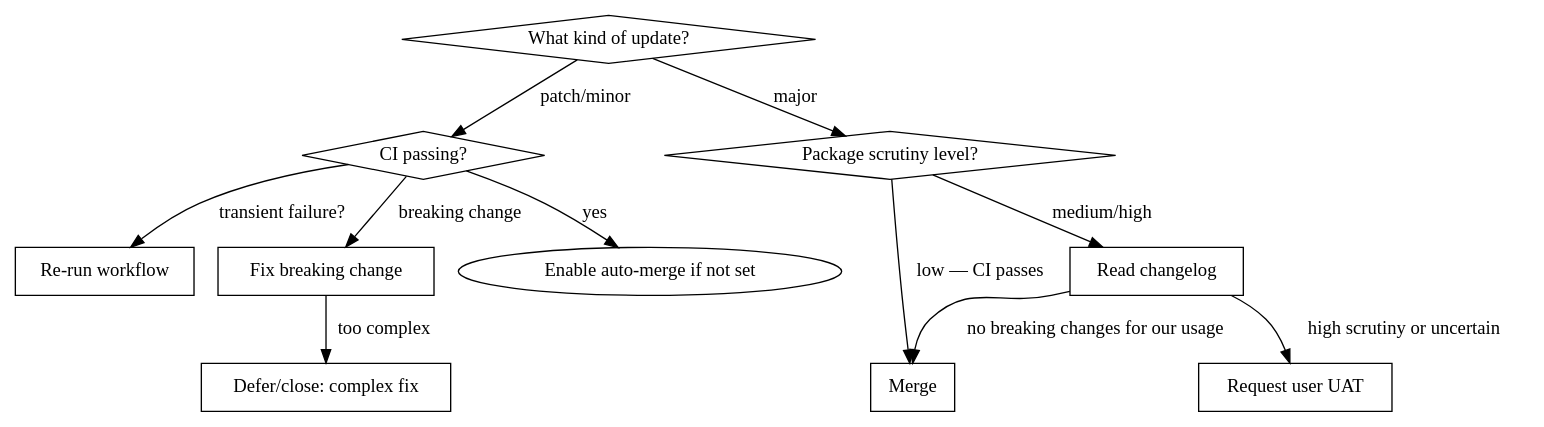
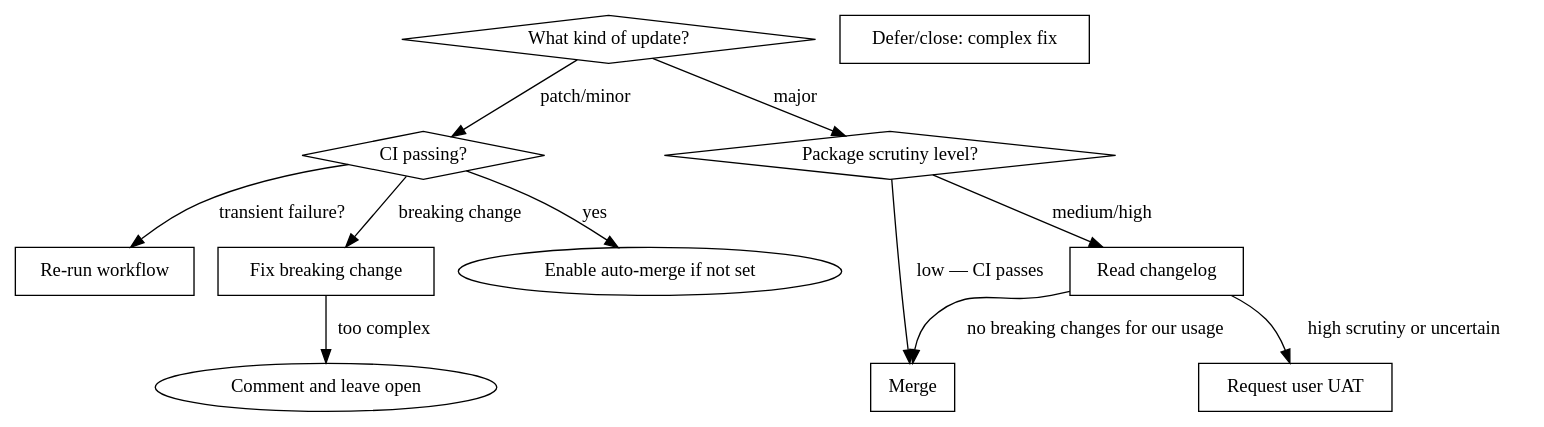
Before and after one commit to jasoncrawford/claude-skills: the diagram in review-dependabot-pr/SKILL.md, drawn with Graphviz. The commit also changed other lines of this file, not shown here.

Commit message:
Edits to Dependabot skill based on my feedback

````diff
--- a/review-dependabot-pr/SKILL.md
+++ b/review-dependabot-pr/SKILL.md
@@ -14,24 +14,24 @@
 ```dot
 digraph review {
   "What kind of update?" [shape=diamond];
   "CI passing?" [shape=diamond];
   "Package scrutiny level?" [shape=diamond];
   "Re-run workflow" [shape=box];
   "Fix breaking change" [shape=box];
   "Defer/close: complex fix" [shape=box];
   "Merge" [shape=box];
   "Read changelog" [shape=box];
   "Request user UAT" [shape=box];
 
   "What kind of update?" -> "CI passing?" [label="patch/minor"];
   "What kind of update?" -> "Package scrutiny level?" [label="major"];
   "CI passing?" -> "Enable auto-merge if not set" [label="yes"];
   "CI passing?" -> "Re-run workflow" [label="transient failure?"];
   "CI passing?" -> "Fix breaking change" [label="breaking change"];
-  "Fix breaking change" -> "Defer/close: complex fix" [label="too complex"];
+  "Fix breaking change" -> "Comment and leave open" [label="too complex"];
   "Package scrutiny level?" -> "Read changelog" [label="medium/high"];
   "Package scrutiny level?" -> "Merge" [label="low — CI passes"];
   "Read changelog" -> "Merge" [label="no breaking changes for our usage"];
   "Read changelog" -> "Request user UAT" [label="high scrutiny or uncertain"];
 }
 ```
````
